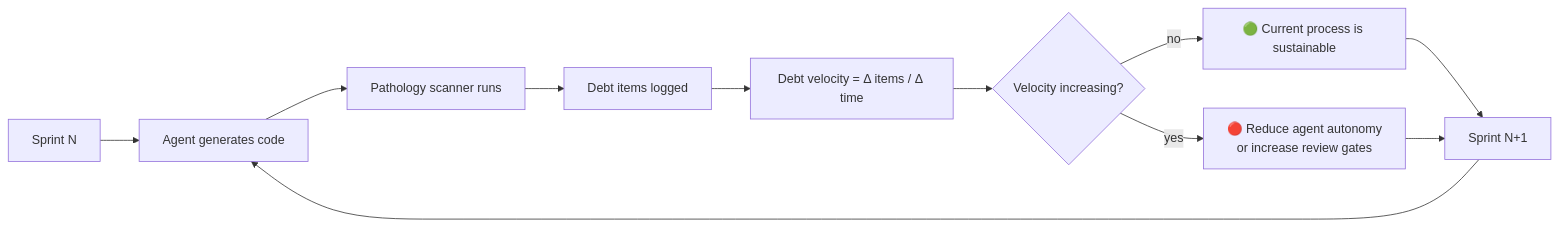
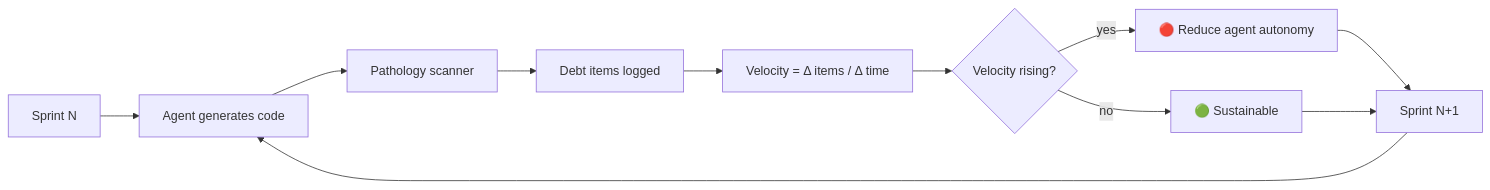
Before and after one commit to RichardScottOZ/Acceleralpho-Evolution-of-Coding-Agents-and-Agentic-Harnesses: the third of 3 diagrams in docs/part5/9.3 The Psychopathology of AI-Driven Technical Debt.md, drawn with Mermaid. The commit also changed other lines of this file, not shown here.

First line of the commit message:
Add chapter 9.3: The Psychopathology of AI-Driven Technical Debt

````diff
--- a/docs/part5/9.3 The Psychopathology of AI-Driven Technical Debt.md
+++ b/docs/part5/9.3 The Psychopathology of AI-Driven Technical Debt.md
@@ -402,13 +270,13 @@
 ```mermaid
 flowchart LR
     A["Sprint N"] --> B["Agent generates code"]
-    B --> C["Pathology scanner runs"]
+    B --> C["Pathology scanner"]
     C --> D["Debt items logged"]
-    D --> E["Debt velocity = Δ items / Δ time"]
-    E --> F{Velocity increasing?}
-    F -->|yes| G["🔴 Reduce agent autonomy<br/>or increase review gates"]
-    F -->|no| H["🟢 Current process is sustainable"]
-    H --> I["Sprint N+1"]
-    G --> I
+    D --> E["Velocity = Δ items / Δ time"]
+    E --> F{Velocity rising?}
+    F -->|yes| G["🔴 Reduce agent autonomy"]
+    F -->|no| H["🟢 Sustainable"]
+    G --> I["Sprint N+1"]
+    H --> I
     I --> B
 ```
````
